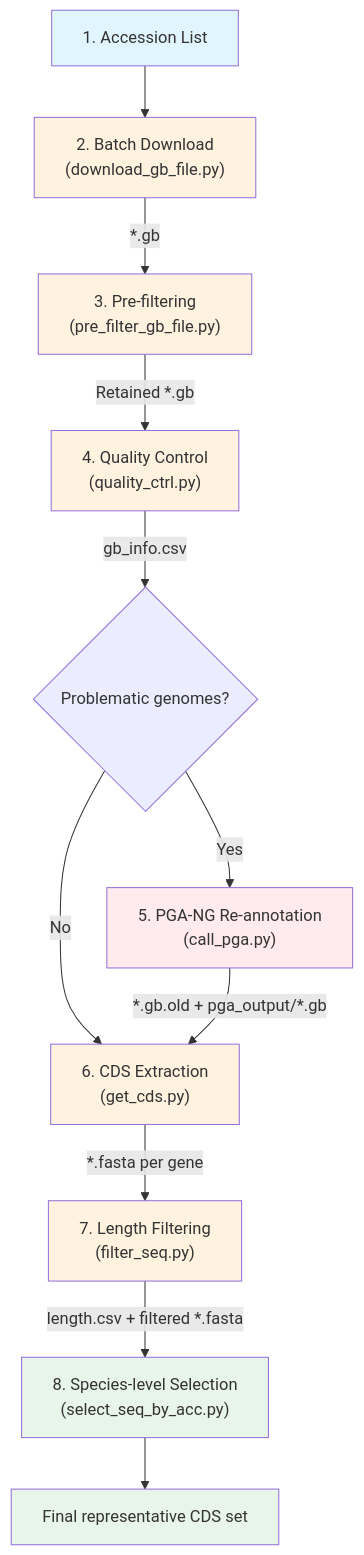
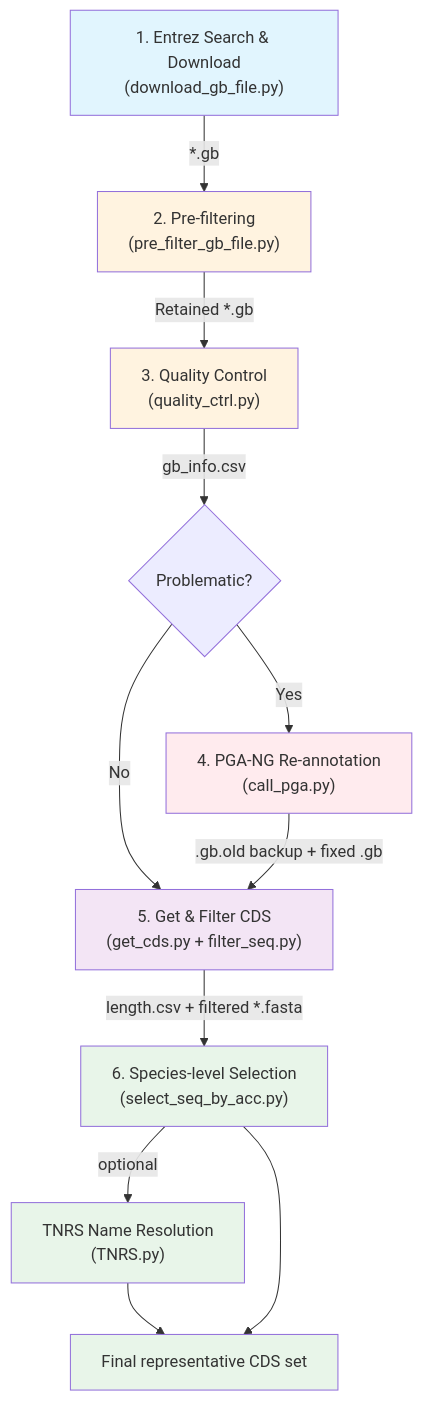
Before and after one commit to wyx619/PyNCBIminer_NG: the first of 2 diagrams in src/Chloroplast/README.md, drawn with Mermaid. The commit also changed other lines of this file and 2 other files, not shown here.

````diff
--- a/src/Chloroplast/README.md
+++ b/src/Chloroplast/README.md
@@ -33,23 +11,22 @@
-``` mermaid
+```mermaid
 flowchart TD
-    A["1. Accession List"] --> B["2. Batch Download\n(download_gb_file.py)"]
-    B -->|"*.gb"| C["3. Pre-filtering\n(pre_filter_gb_file.py)"]
-    C -->|"Retained *.gb"| D["4. Quality Control\n(quality_ctrl.py)"]
-    D -->|"gb_info.csv"| E{Problematic genomes?}
-    E -->|"Yes"| F["5. PGA-NG Re-annotation\n(call_pga.py)"]
-    E -->|"No"| G["6. CDS Extraction\n(get_cds.py)"]
-    F -->|"*.gb.old + pga_output/*.gb"| G
-    G -->|"*.fasta per gene"| H["7. Length Filtering\n(filter_seq.py)"]
-    H -->|"length.csv + filtered *.fasta"| I["8. Species-level Selection\n(select_seq_by_acc.py)"]
-    I --> J["Final representative CDS set"]
+    A["1. Entrez Search & Download<br/>(download_gb_file.py)"] -->|"*.gb"| B["2. Pre-filtering<br/>(pre_filter_gb_file.py)"]
+    B -->|"Retained *.gb"| C["3. Quality Control<br/>(quality_ctrl.py)"]
+    C -->|"gb_info.csv"| D{Problematic?}
+    D -->|"Yes"| E["4. PGA-NG Re-annotation<br/>(call_pga.py)"]
+    D -->|"No"| F["5. Get & Filter CDS<br/>(get_cds.py + filter_seq.py)"]
+    E -->|".gb.old backup + fixed .gb"| F
+    F -->|"length.csv + filtered *.fasta"| G["6. Species-level Selection<br/>(select_seq_by_acc.py)"]
+    G -->|"optional"| H["TNRS Name Resolution<br/>(TNRS.py)"]
+    H --> I["Final representative CDS set"]
+    G --> I
 
     style A fill:#e1f5fe
     style B fill:#fff3e0
     style C fill:#fff3e0
-    style D fill:#fff3e0
-    style F fill:#ffebee
-    style G fill:#fff3e0
-    style H fill:#fff3e0
+    style E fill:#ffebee
+    style F fill:#f3e5f5
+    style G fill:#e8f5e9
+    style H fill:#e8f5e9
     style I fill:#e8f5e9
-    style J fill:#e8f5e9
 ```
````
